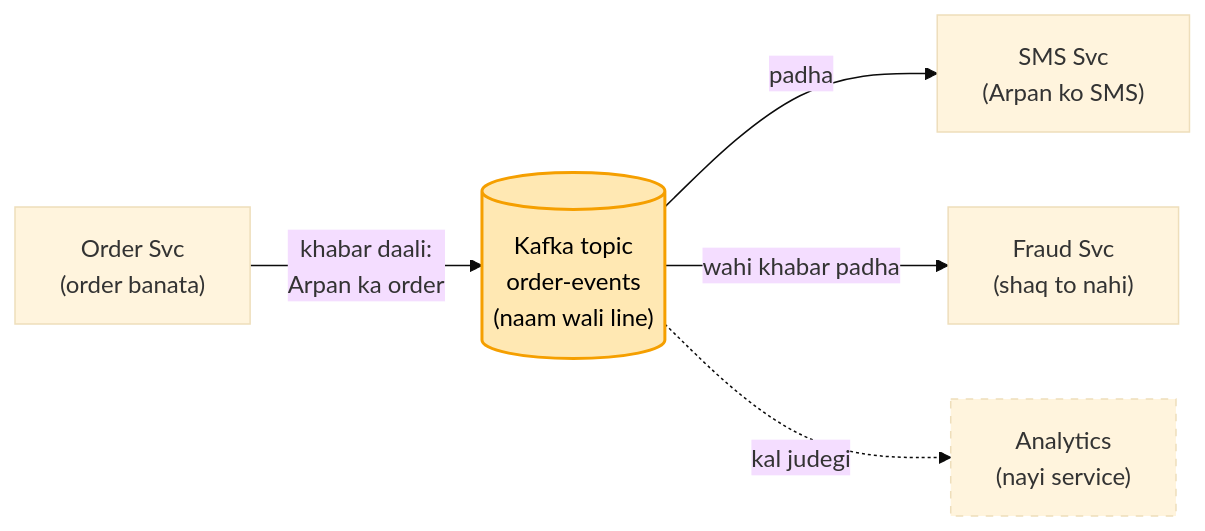
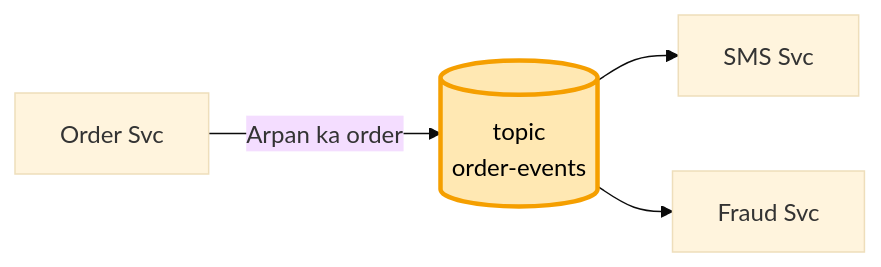
Before and after one commit to ArpanMaheshwari144/Prep: the first of 8 diagrams in 04_HLD/SYSTEM_DESIGNS/12_message_queue_kafka/kafka_concepts.md, drawn with Mermaid (base theme). The commit also changed other lines of this file, not shown here.

Commit message:
kafka concepts: har diagram pichhle ko aage badhata, peela = naya juda

````diff
--- a/04_HLD/SYSTEM_DESIGNS/12_message_queue_kafka/kafka_concepts.md
+++ b/04_HLD/SYSTEM_DESIGNS/12_message_queue_kafka/kafka_concepts.md
@@ -10,9 +12,7 @@
 ```mermaid
 flowchart LR
-    O["Order Svc<br/>(order banata)"] -- "khabar daali:<br/>Arpan ka order" --> T[("Kafka topic<br/>order-events<br/>(naam wali line)")]
-    T -- "padha" --> S["SMS Svc<br/>(Arpan ko SMS)"]
-    T -- "wahi khabar padha" --> F["Fraud Svc<br/>(shaq to nahi)"]
-    T -. "kal judegi" .-> A["Analytics<br/>(nayi service)"]
-    style T fill:#ffe8b3,stroke:#f59f00,stroke-width:2px,color:#000
-    style A stroke-dasharray: 5 5
+    O["Order Svc"] -- "Arpan ka order" --> T[("topic<br/>order-events")]
+    T --> S["SMS Svc"]
+    T --> F["Fraud Svc"]
+    style T fill:#ffe8b3,stroke:#f59f00,stroke-width:3px,color:#000
 ```
````
